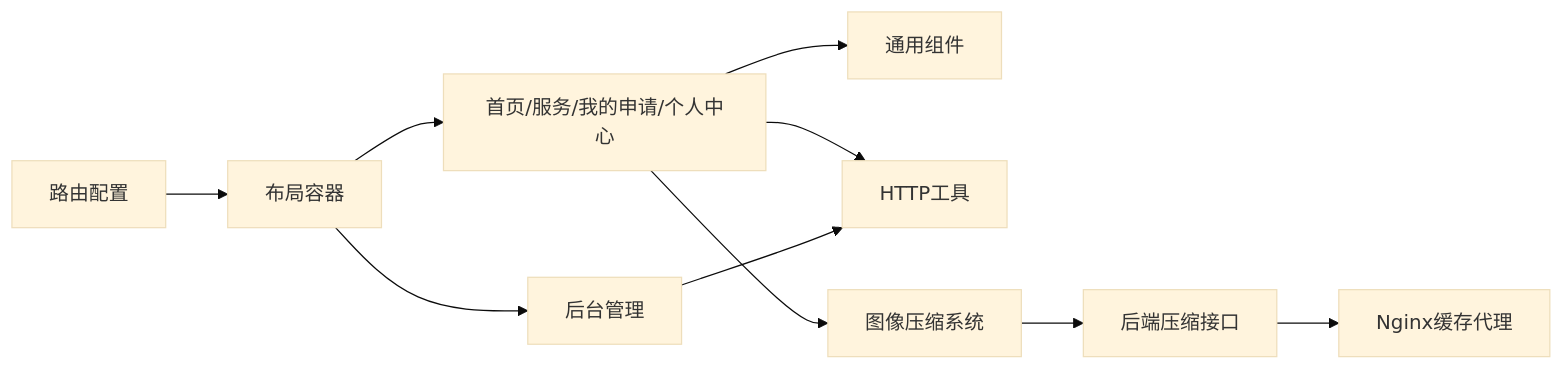
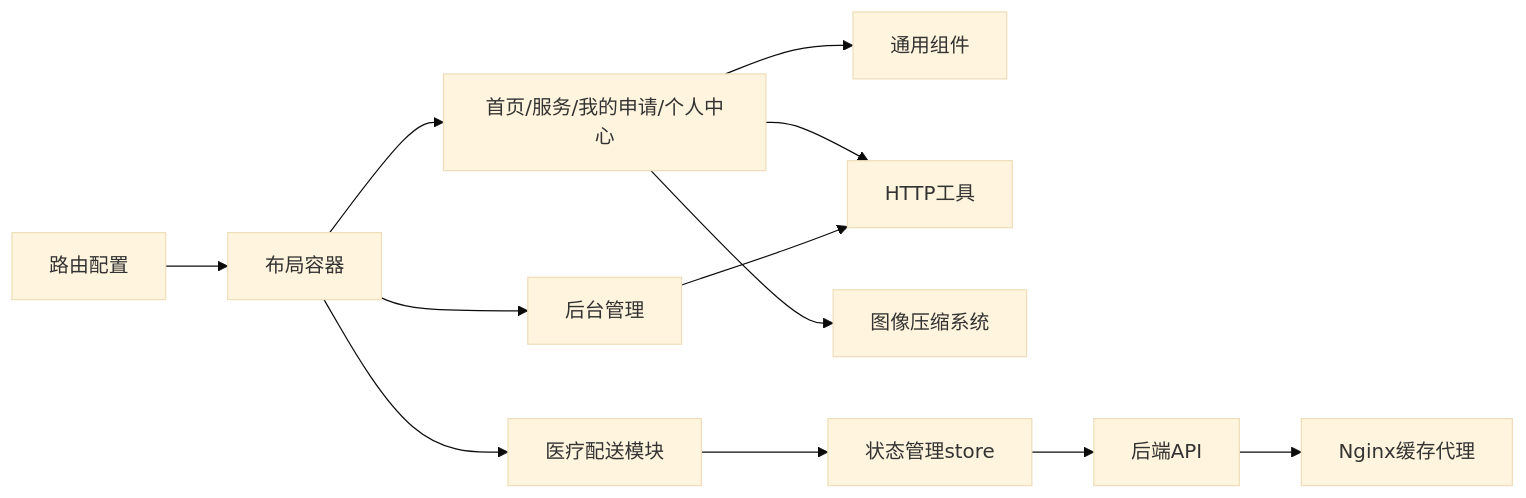
One commit to Giraffe-Han/microAPP changed the ninth of 9 diagrams in .qoder/repowiki/zh/content/前端应用架构/页面视图设计.md. Above: the diagram before and after it, drawn with Mermaid (base theme). The commit also changed other lines of this file and 176 other files, not shown here.

````diff
--- a/.qoder/repowiki/zh/content/前端应用架构/页面视图设计.md
+++ b/.qoder/repowiki/zh/content/前端应用架构/页面视图设计.md
@@ -446,12 +535,14 @@
 ```mermaid
 graph LR
 R["路由配置"] --> L["布局容器"]
 L --> P1["首页/服务/我的申请/个人中心"]
 L --> A["后台管理"]
+L --> M["医疗配送模块"]
 P1 --> C["通用组件"]
 P1 --> H["HTTP工具"]
 P1 --> I["图像压缩系统"]
 A --> H
-I --> B["后端压缩接口"]
+M --> S["状态管理store"]
+S --> B["后端API"]
 B --> N["Nginx缓存代理"]
 ```
````
